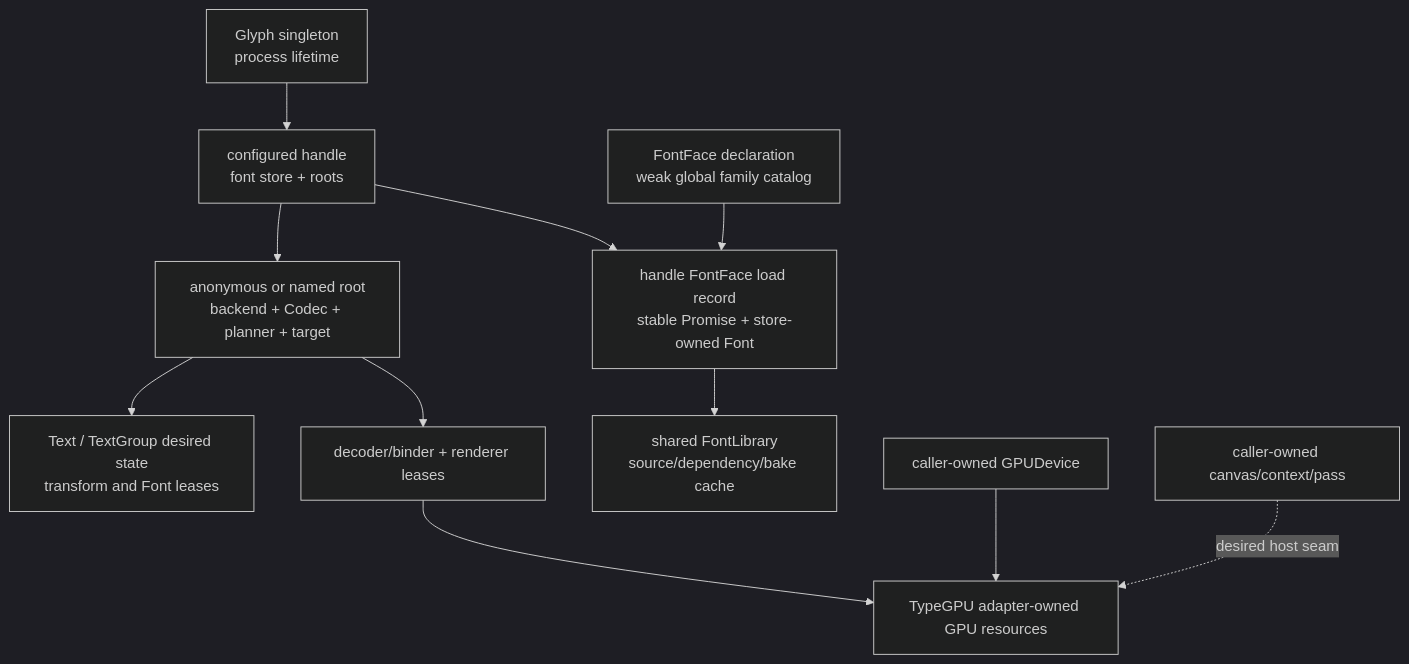
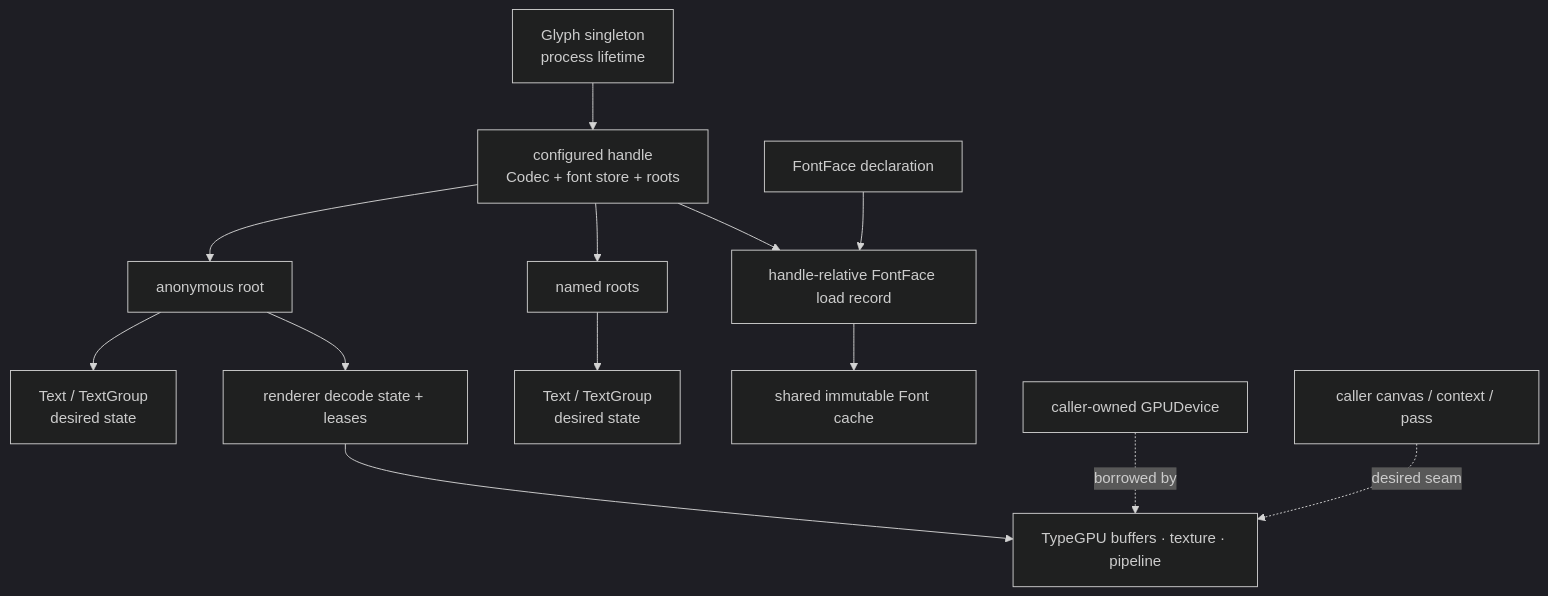
One commit to pmndrs/glyph changed the fourth of 4 diagrams in docs/guides/renderer-integration.md. Above: the diagram before and after it, drawn with Mermaid (dark theme). The commit also changed other lines of this file and 1 other file, not shown here.

Commit message:
docs(glyph): rewrite renderer integration guide

````diff
--- a/docs/guides/renderer-integration.md
+++ b/docs/guides/renderer-integration.md
@@ -796,13 +797,15 @@
 ```mermaid
 flowchart TD
-  Glyph["Glyph singleton<br/>process lifetime"] --> Handle["configured handle<br/>font store + roots"]
-  Handle --> Root["anonymous or named root<br/>backend + Codec + planner + target"]
-  Root --> Text["Text / TextGroup desired state<br/>transform and Font leases"]
-  Handle --> FontRecord["handle FontFace load record<br/>stable Promise + store-owned Font"]
-  FontFace["FontFace declaration<br/>weak global family catalog"] --> FontRecord
-  FontRecord --> Cache["shared FontLibrary<br/>source/dependency/bake cache"]
-  Root --> PlanTarget["decoder/binder + renderer leases"]
-  PlanTarget --> DeviceAdapter["TypeGPU adapter-owned GPU resources"]
-  CallerDevice["caller-owned GPUDevice"] --> DeviceAdapter
-  CallerContext["caller-owned canvas/context/pass"] -. desired host seam .-> DeviceAdapter
+  Glyph["Glyph singleton<br/>process lifetime"] --> Handle["configured handle<br/>Codec + font store + roots"]
+  Handle --> Anonymous[anonymous root]
+  Handle --> Named[named roots]
+  Anonymous --> Text["Text / TextGroup<br/>desired state"]
+  Named --> Text2["Text / TextGroup<br/>desired state"]
+  Handle --> FaceRecord["handle-relative FontFace load record"]
+  Face[FontFace declaration] --> FaceRecord
+  FaceRecord --> Cache["shared immutable Font cache"]
+  Anonymous --> Renderer["renderer decode state + leases"]
+  Renderer --> GPU["TypeGPU buffers · texture · pipeline"]
+  Device[caller-owned GPUDevice] -. borrowed by .-> GPU
+  Host["caller canvas / context / pass"] -. desired seam .-> GPU
 ```
````
